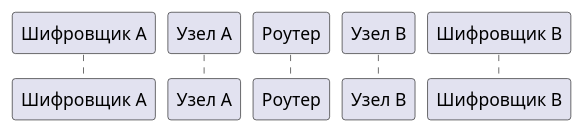
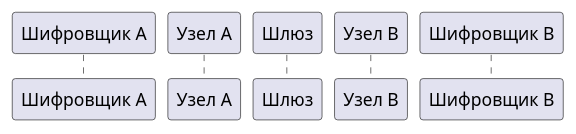
One commit to denser-ru/plantuml changed the diagram in block_style.puml. Above: the diagram before and after it, drawn with PlantUML. The commit also changed 1 other file, not shown here.

```diff
--- a/block_style.puml
+++ b/block_style.puml
@@ -1,12 +1,12 @@
 @startuml
 
 participant "Шифровщик A" as crpt_a
 participant "Узел А" as node_a
-participant "Роутер" as rt
+participant "Шлюз" as rt
 participant "Узел B" as node_b
 participant "Шифровщик B" as crpt_b
 
 skinparam ParticipantBackgroundColor #909090
 skinparam ParticipantBorderColor #303030
 
 @enduml
```
